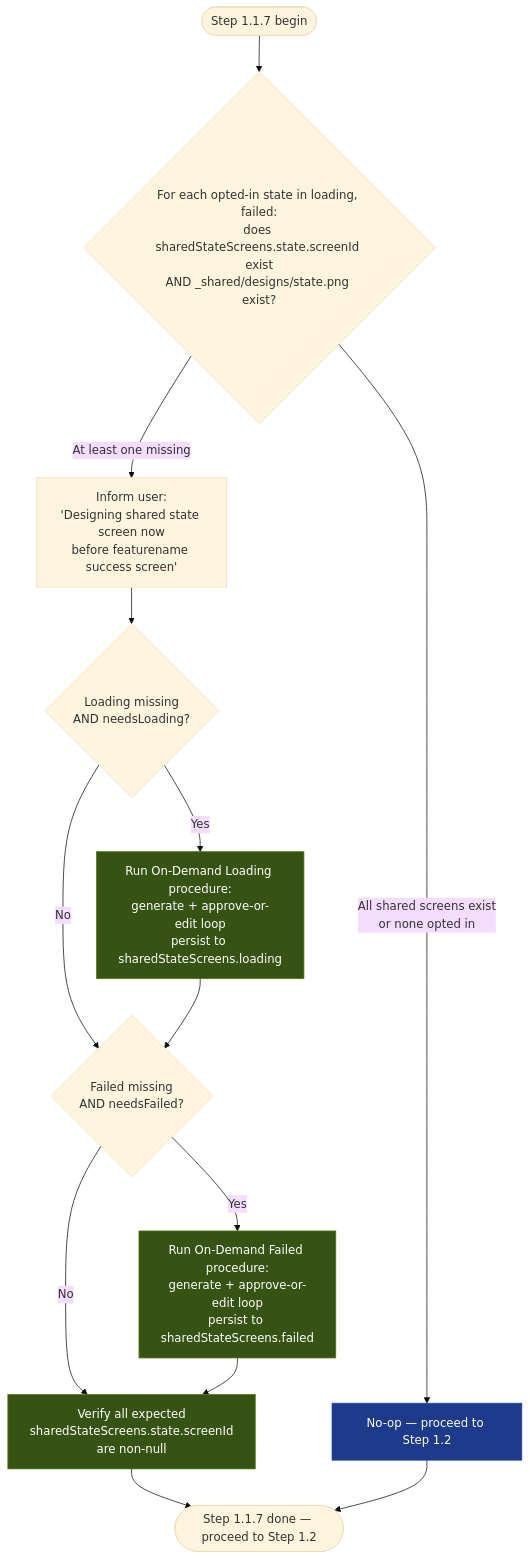
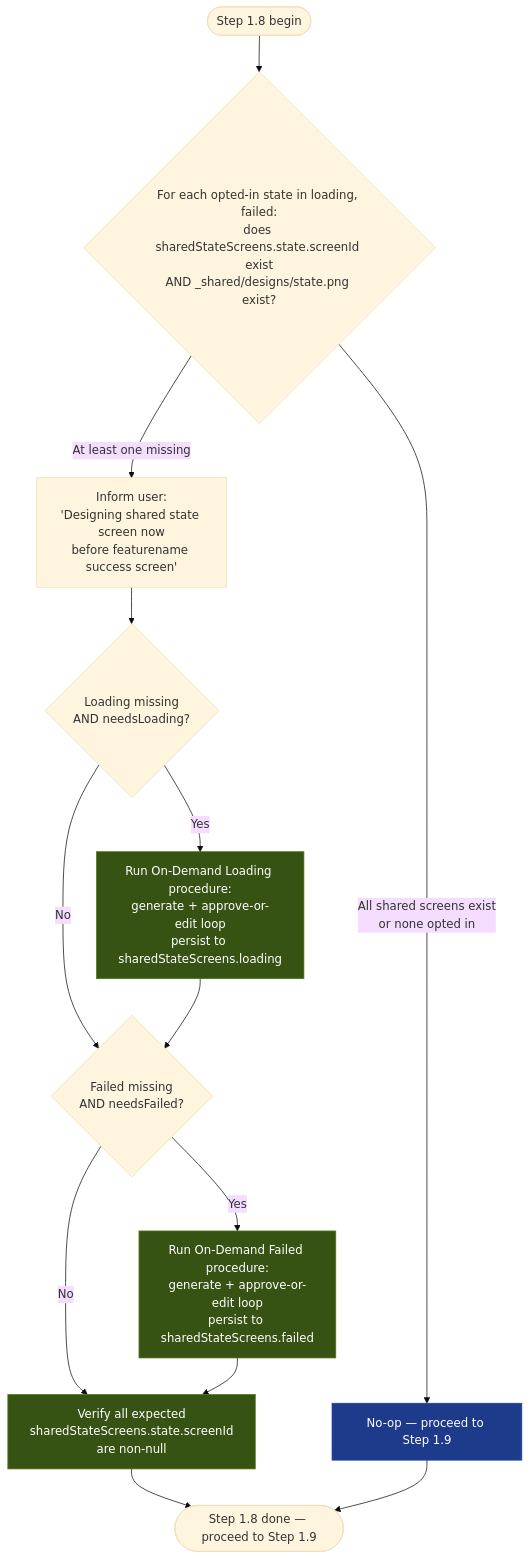
One commit to Saroj-Maharjan/KMPilot changed the third of 6 diagrams in .claude/docs/_project/flowcharts/ui-designer.md. Above: the diagram before and after it, drawn with Mermaid (base theme). The commit also changed other lines of this file and 21 other files, not shown here.

````diff
--- a/.claude/docs/_project/flowcharts/ui-designer.md
+++ b/.claude/docs/_project/flowcharts/ui-designer.md
@@ -107,21 +108,21 @@
 ```mermaid
 flowchart TD
-    Enter([Step 1.1.7 begin]) --> Check{For each opted-in state in loading, failed:<br/>does sharedStateScreens.state.screenId exist<br/>AND _shared/designs/state.png exist?}
-    Check -->|All shared screens exist<br/>or none opted in| Skip[No-op — proceed to Step 1.2]
+    Enter([Step 1.8 begin]) --> Check{For each opted-in state in loading, failed:<br/>does sharedStateScreens.state.screenId exist<br/>AND _shared/designs/state.png exist?}
+    Check -->|All shared screens exist<br/>or none opted in| Skip[No-op — proceed to Step 1.9]
     Check -->|At least one missing| Inform[Inform user:<br/>'Designing shared state screen now<br/>before featurename success screen']
 
     Inform --> RunL{Loading missing<br/>AND needsLoading?}
     RunL -->|Yes| InitL[Run On-Demand Loading procedure:<br/>generate + approve-or-edit loop<br/>persist to sharedStateScreens.loading]
     RunL -->|No| RunF
     InitL --> RunF{Failed missing<br/>AND needsFailed?}
     RunF -->|Yes| InitF[Run On-Demand Failed procedure:<br/>generate + approve-or-edit loop<br/>persist to sharedStateScreens.failed]
     RunF -->|No| Verify
     InitF --> Verify[Verify all expected<br/>sharedStateScreens.state.screenId<br/>are non-null]
-    Verify --> Exit([Step 1.1.7 done — proceed to Step 1.2])
+    Verify --> Exit([Step 1.8 done — proceed to Step 1.9])
     Skip --> Exit
 
     classDef gen fill:#365314,stroke:#4d7c0f,color:#fff
     classDef skip fill:#1e3a8a,stroke:#1e40af,color:#fff
     class InitL,InitF,Verify gen
     class Skip skip
 ```
````
